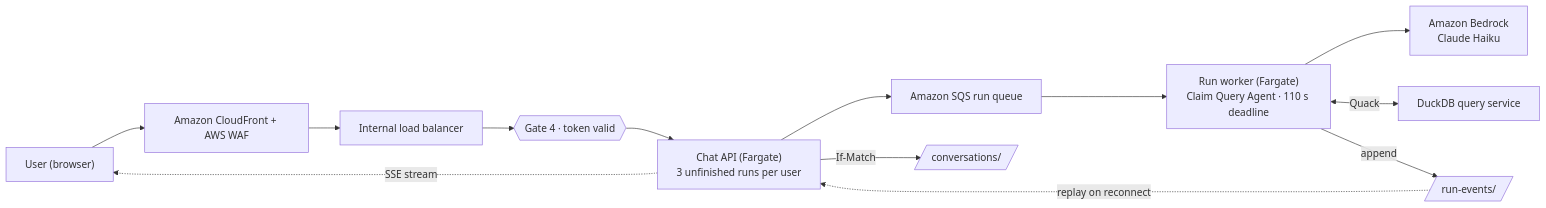
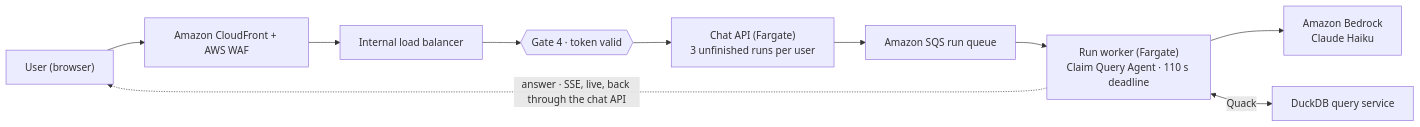
Before and after one commit to Peter-Shamoun/cc: the diagram in docs/architecture/drilldowns/05-chat-backend.mmd, drawn with Mermaid. The commit also changed 10 other files, not shown here.

First line of the commit message:
Architecture docs: drill-down redo in progress

```diff
--- a/docs/architecture/drilldowns/05-chat-backend.mmd
+++ b/docs/architecture/drilldowns/05-chat-backend.mmd
@@ -1,13 +1,10 @@
-%% 05 Chat backend
+%% 05 Chat backend. Chat storage (conversations, run-events) is out of scope: the answer streams back live.
 flowchart LR
   user["User (browser)"] --> cf["Amazon CloudFront + AWS WAF"]
   cf --> alb["Internal load balancer"]
   alb --> g4{{"Gate 4 · token valid"}} --> api["Chat API (Fargate)<br/>3 unfinished runs per user"]
   api --> sqs["Amazon SQS run queue"]
   sqs --> worker["Run worker (Fargate)<br/>Claim Query Agent · 110 s deadline"]
   worker --> bedrock["Amazon Bedrock<br/>Claude Haiku"]
   worker <-->|Quack| qs["DuckDB query service"]
-  api -->|If-Match| conv[/"conversations/"/]
-  worker -->|append| events[/"run-events/"/]
-  events -.->|replay on reconnect| api
-  api -.->|SSE stream| user
+  worker -.->|answer · SSE, live, back through the chat API| user
```
